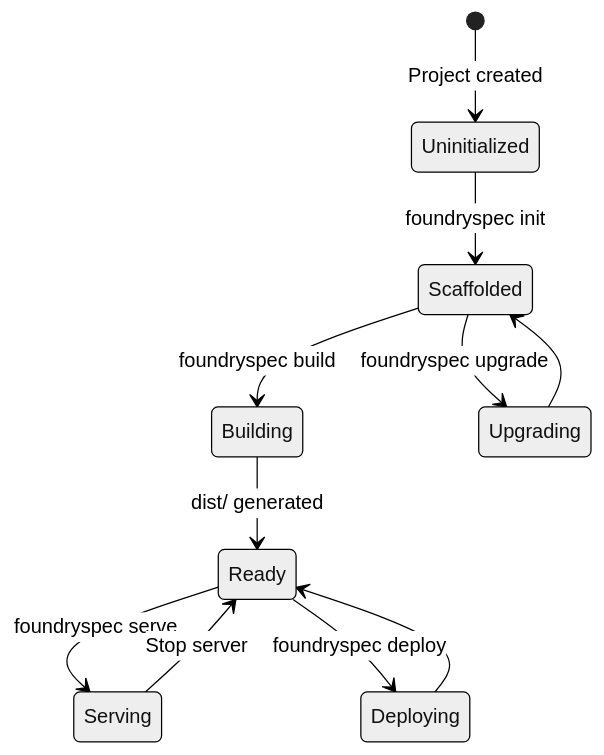
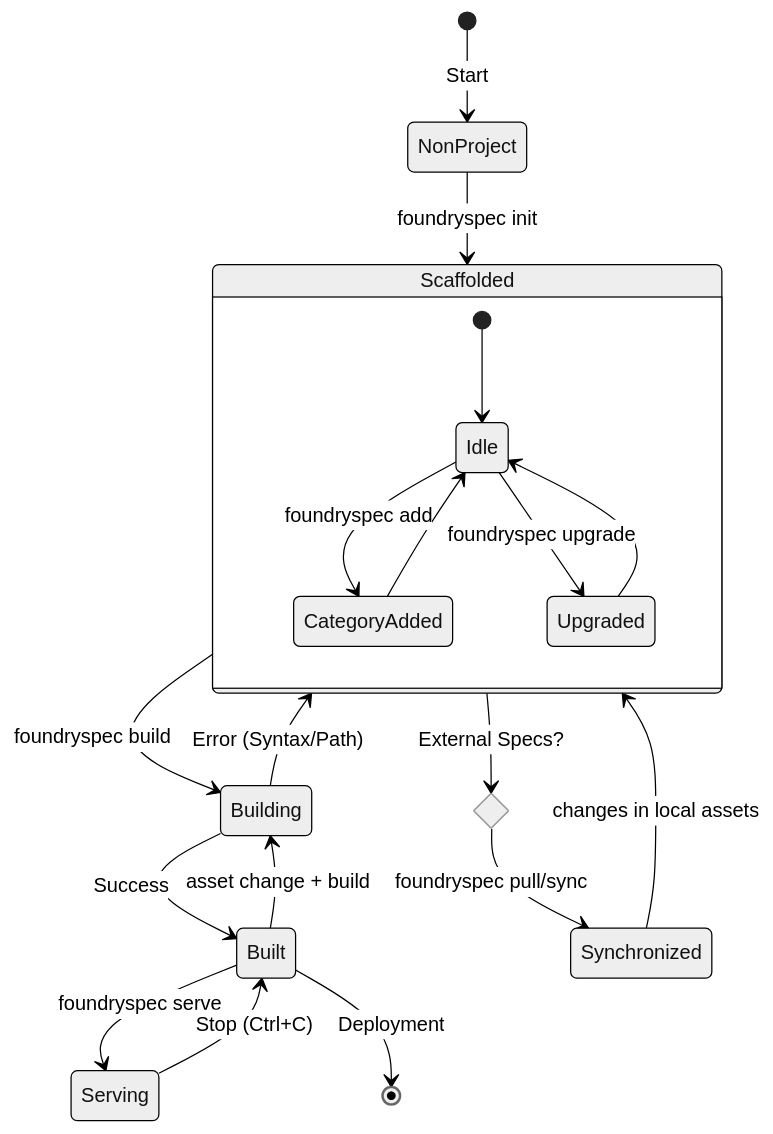
The diagram in foundryspec/assets/states/project-lifecycle.mermaid (futurefoundai/foundryspec), drawn with Mermaid (neutral theme) before and after one commit. The commit also changed 32 other files, not shown here.

Commit message:
feat: implement Discovery phase, auto-discovery, hot-reload, and system-wide architectural mapping (v1.0.2)

```diff
--- a/foundryspec/assets/states/project-lifecycle.mermaid
+++ b/foundryspec/assets/states/project-lifecycle.mermaid
@@ -1,12 +1,29 @@
 stateDiagram-v2
-    [*] --> Uninitialized: Project created
-    Uninitialized --> Scaffolded: foundryspec init
+    [*] --> NonProject: Start
+    
+    NonProject --> Scaffolded: foundryspec init
+    
+    state Scaffolded {
+        [*] --> Idle
+        Idle --> CategoryAdded: foundryspec add <cat>
+        CategoryAdded --> Idle
+        
+        Idle --> Upgraded: foundryspec upgrade
+        Upgraded --> Idle
+    }
+    
     Scaffolded --> Building: foundryspec build
-    Building --> Ready: dist/ generated
-    Ready --> Serving: foundryspec serve
-    Ready --> Deploying: foundryspec deploy
-    Deploying --> Ready
-    Serving --> Ready: Stop server
+    Building --> Built: Success
+    Building --> Scaffolded: Error (Syntax/Path)
     
-    Scaffolded --> Upgrading: foundryspec upgrade
-    Upgrading --> Scaffolded
+    Built --> Serving: foundryspec serve
+    Serving --> Built: Stop (Ctrl+C)
+    
+    Built --> Building: asset change + build
+    
+    state SyncStatus <<choice>>
+    Scaffolded --> SyncStatus: External Specs?
+    SyncStatus --> Synchronized: foundryspec pull/sync
+    Synchronized --> Scaffolded: changes in local assets
+    
+    Built --> [*]: Deployment
```
